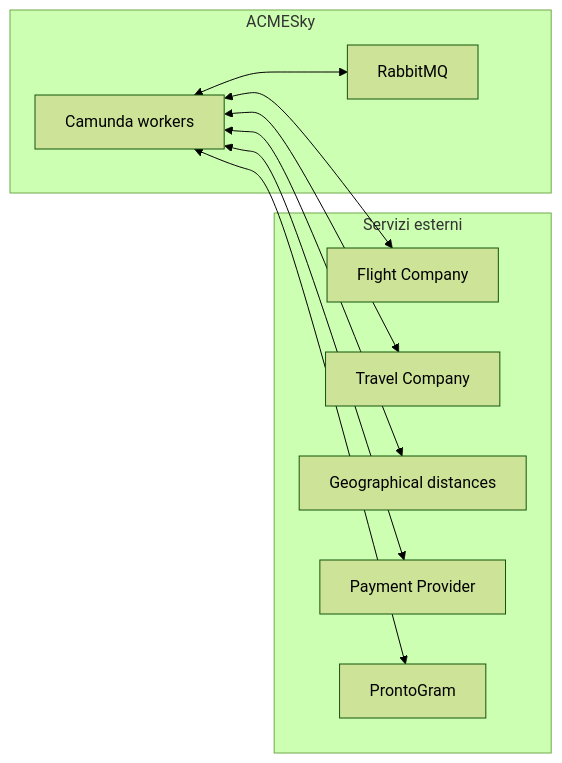
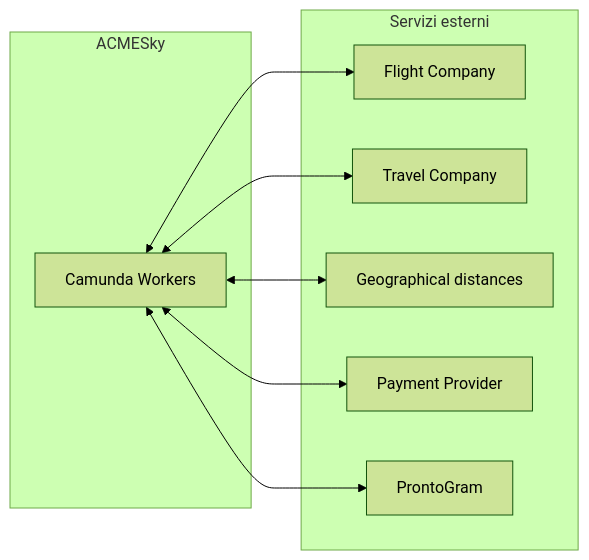
Before and after one commit to sosengers/project-documentation: the third of 8 diagrams in docs/implementazione/acmesky.md, drawn with Mermaid (forest theme). The commit also changed other lines of this file and 1 other file, not shown here.

````diff
--- a/docs/implementazione/acmesky.md
+++ b/docs/implementazione/acmesky.md
@@ -79,22 +79,20 @@
 ```mermaid
 graph LR 
 CW <--> FC[Flight Company]
 CW <--> TC[Travel Company]
 CW <--> GD[Geographical distances]
 CW <--> PP[Payment Provider]
 CW <--> PG[ProntoGram]
-CW <--> R
 
 subgraph ACMESky
-CW[Camunda workers]
-R[RabbitMQ]
+CW[Camunda Workers]
 end
 
 subgraph OS[Servizi esterni]
 FC[Flight Company]
 TC[Travel Company]
 GD[Geographical distances]
 PP[Payment Provider]
 PG[ProntoGram]
 end
 ```
````
